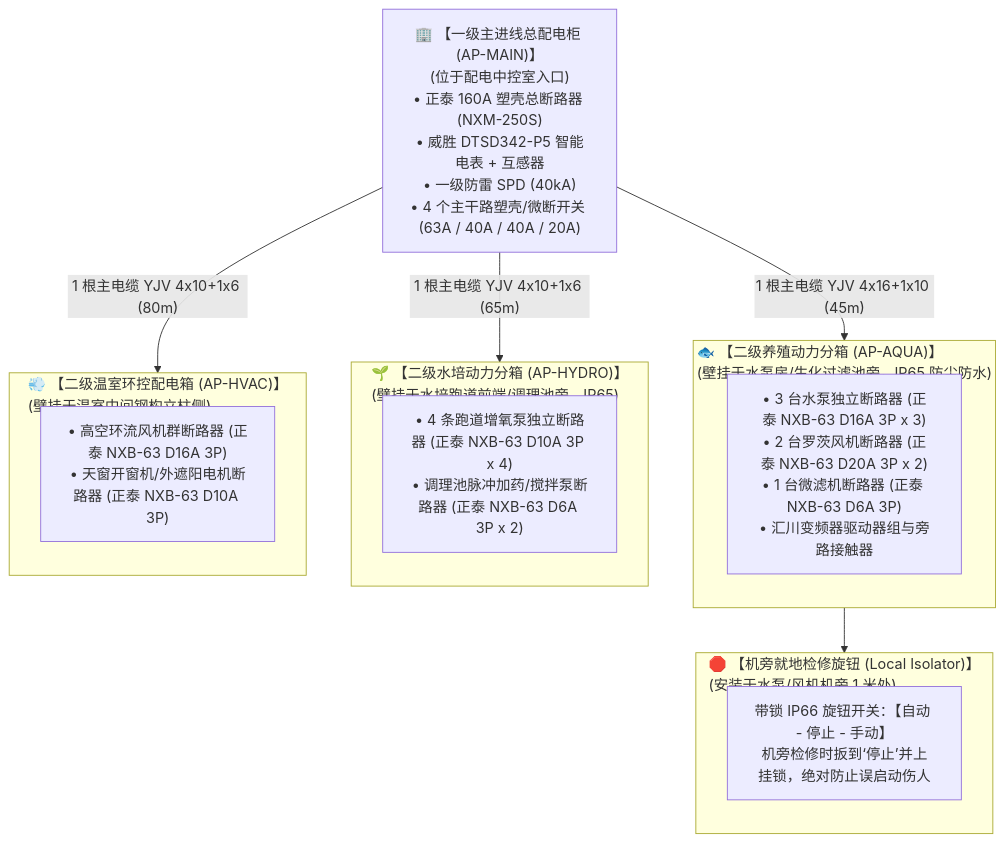
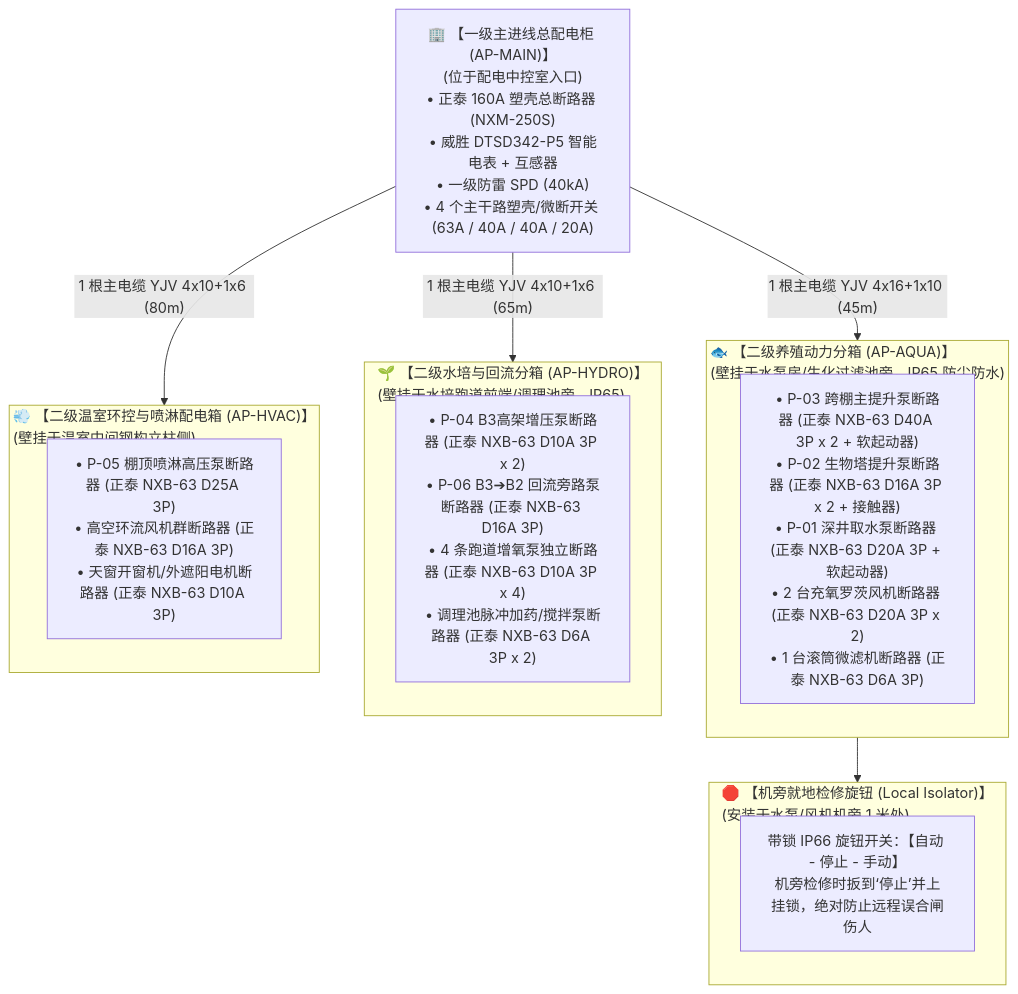
Before and after one commit to digitalboy/aquaponics: the second of 4 diagrams in docs/02_requirements_and_plans/06_全厂强电动力配电与电气工程规划规范.md, drawn with Mermaid. The commit also changed other lines of this file and 3 other files, not shown here.

````diff
--- a/docs/02_requirements_and_plans/06_全厂强电动力配电与电气工程规划规范.md
+++ b/docs/02_requirements_and_plans/06_全厂强电动力配电与电气工程规划规范.md
@@ -94,30 +94,30 @@
 ```mermaid
 flowchart TD
     MainCabinet["🏢 【一级主进线总配电柜 (AP-MAIN)】<br>(位于配电中控室入口)<br>• 正泰 160A 塑壳总断路器 (NXM-250S)<br>• 威胜 DTSD342-P5 智能电表 + 互感器<br>• 一级防雷 SPD (40kA)<br>• 4 个主干路塑壳/微断开关 (63A / 40A / 40A / 20A)"]
     
     subgraph ZoneAqua ["🐟 【二级养殖动力分箱 (AP-AQUA)】<br>(壁挂于水泵房/生化过滤池旁，IP65 防尘防水)"]
         direction TB
-        Aqua_CB["• 3 台水泵独立断路器 (正泰 NXB-63 D16A 3P x 3)<br>• 2 台罗茨风机断路器 (正泰 NXB-63 D20A 3P x 2)<br>• 1 台微滤机断路器 (正泰 NXB-63 D6A 3P)<br>• 汇川变频器驱动器组与旁路接触器"]
+        Aqua_CB["• P-03 跨棚主提升泵断路器 (正泰 NXB-63 D40A 3P x 2 + 软起动器)<br>• P-02 生物塔提升泵断路器 (正泰 NXB-63 D16A 3P x 2 + 接触器)<br>• P-01 深井取水泵断路器 (正泰 NXB-63 D20A 3P + 软起动器)<br>• 2 台充氧罗茨风机断路器 (正泰 NXB-63 D20A 3P x 2)<br>• 1 台滚筒微滤机断路器 (正泰 NXB-63 D6A 3P)"]
     end
     
-    subgraph ZoneHydro ["🌱 【二级水培动力分箱 (AP-HYDRO)】<br>(壁挂于水培跑道前端/调理池旁，IP65)"]
+    subgraph ZoneHydro ["🌱 【二级水培与回流分箱 (AP-HYDRO)】<br>(壁挂于水培跑道前端/调理池旁，IP65)"]
         direction TB
-        Hydro_CB["• 4 条跑道增氧泵独立断路器 (正泰 NXB-63 D10A 3P x 4)<br>• 调理池脉冲加药/搅拌泵断路器 (正泰 NXB-63 D6A 3P x 2)"]
+        Hydro_CB["• P-04 B3高架增压泵断路器 (正泰 NXB-63 D10A 3P x 2)<br>• P-06 B3➔B2 回流旁路泵断路器 (正泰 NXB-63 D16A 3P)<br>• 4 条跑道增氧泵独立断路器 (正泰 NXB-63 D10A 3P x 4)<br>• 调理池脉冲加药/搅拌泵断路器 (正泰 NXB-63 D6A 3P x 2)"]
     end
     
-    subgraph ZoneHVAC ["💨 【二级温室环控配电箱 (AP-HVAC)】<br>(壁挂于温室中间钢构立柱侧)"]
+    subgraph ZoneHVAC ["💨 【二级温室环控与喷淋配电箱 (AP-HVAC)】<br>(壁挂于温室中间钢构立柱侧)"]
         direction TB
-        HVAC_CB["• 高空环流风机群断路器 (正泰 NXB-63 D16A 3P)<br>• 天窗开窗机/外遮阳电机断路器 (正泰 NXB-63 D10A 3P)"]
+        HVAC_CB["• P-05 棚顶喷淋高压泵断路器 (正泰 NXB-63 D25A 3P)<br>• 高空环流风机群断路器 (正泰 NXB-63 D16A 3P)<br>• 天窗开窗机/外遮阳电机断路器 (正泰 NXB-63 D10A 3P)"]
     end
     
     subgraph LocalCtrl ["🛑 【机旁就地检修旋钮 (Local Isolator)】<br>(安装于水泵/风机机旁 1 米处)"]
         direction TB
-        Iso_Switch["带锁 IP66 旋钮开关：【自动 - 停止 - 手动】<br>机旁检修时扳到‘停止’并上挂锁，绝对防止误启动伤人"]
+        Iso_Switch["带锁 IP66 旋钮开关：【自动 - 停止 - 手动】<br>机旁检修时扳到‘停止’并上挂锁，绝对防止远程误合闸伤人"]
     end
 
     MainCabinet -->|"1 根主电缆 YJV 4x16+1x10 (45m)"| ZoneAqua
     MainCabinet -->|"1 根主电缆 YJV 4x10+1x6 (65m)"| ZoneHydro
     MainCabinet -->|"1 根主电缆 YJV 4x10+1x6 (80m)"| ZoneHVAC
     
     ZoneAqua --> LocalCtrl
 ```
````
